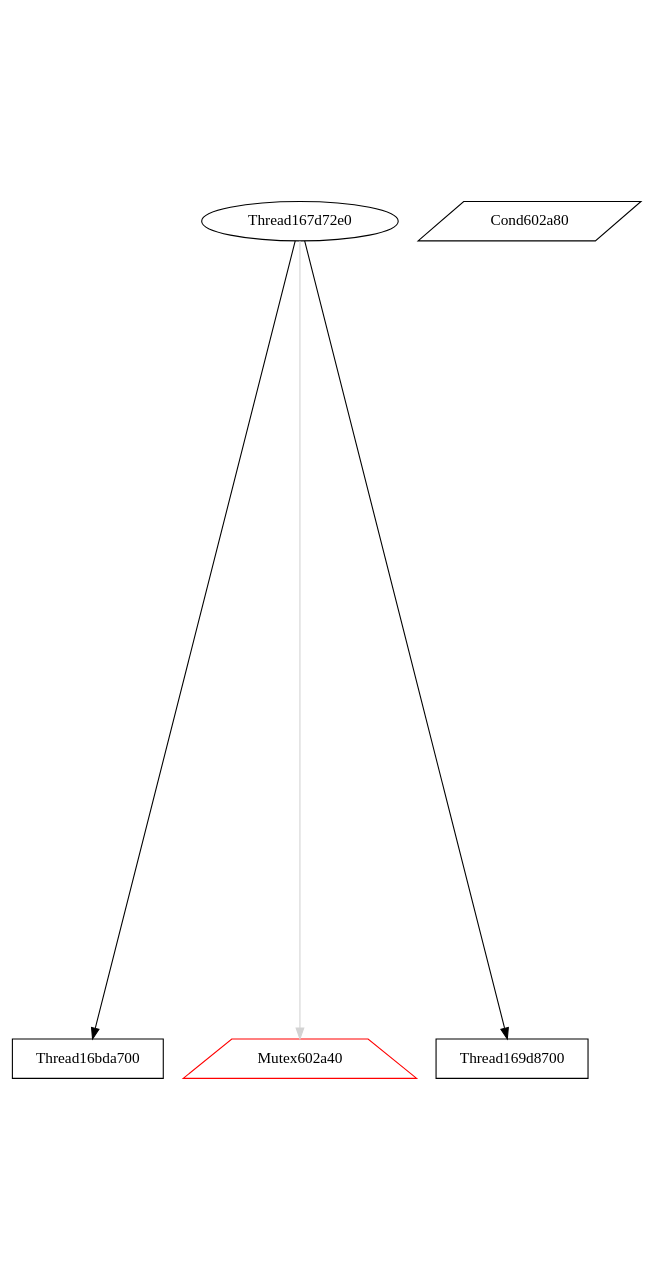
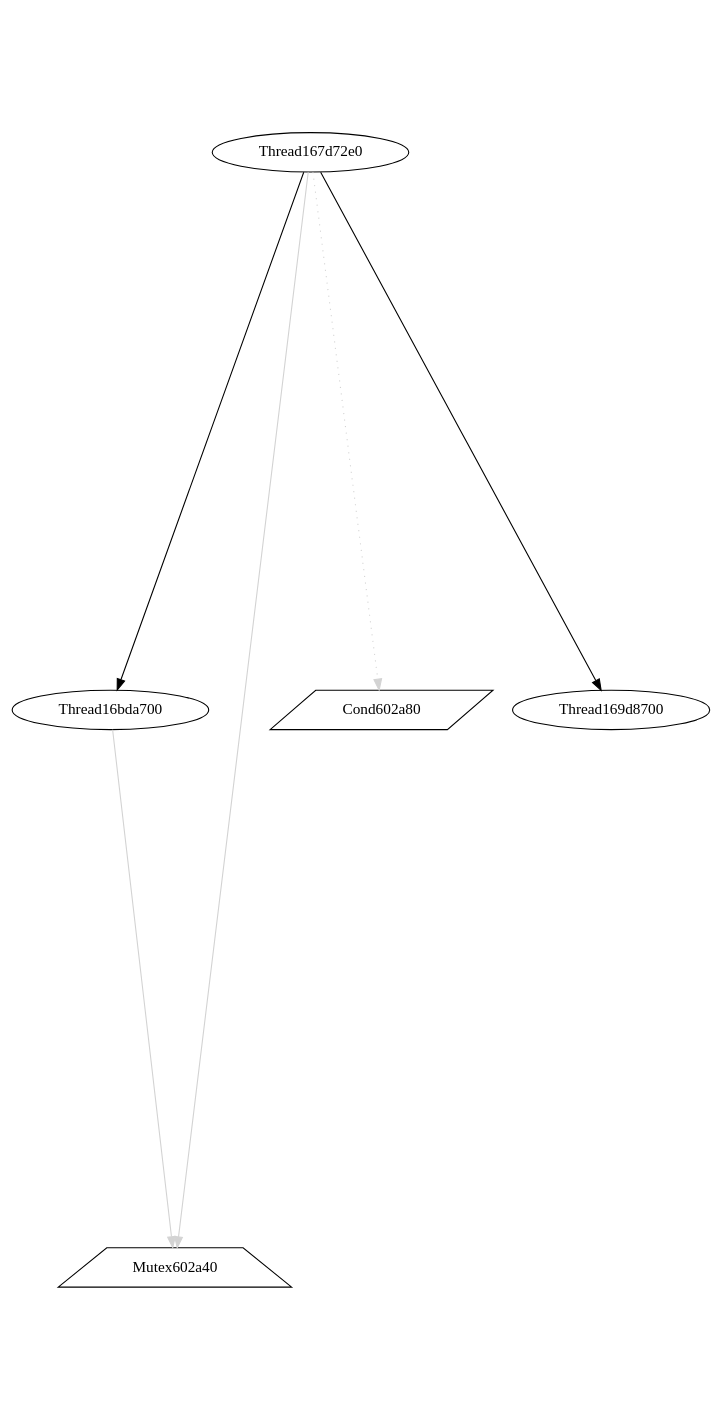
The diagram in view/dot/graph057.dot (v4o6/cs410), drawn with Graphviz before and after one commit. The commit also changed 286 other files, not shown here.

```diff
--- a/view/dot/graph057.dot
+++ b/view/dot/graph057.dot
@@ -1,10 +1,13 @@
 digraph G {
 graph[center=true, ratio=2];
-Thread16bda700 [shape=box,color=black];
-Mutex602a40 [shape=trapezium,color=red];
+Thread16bda700 [color=black];
+Thread16bda700 -> Mutex602a40 [arrowhead=normal,color=lightgray];
+Mutex602a40 [shape=trapezium,color=black];
 Cond602a80 [shape=parallelogram,color=black];
-Thread169d8700 [shape=box,color=black];
+Thread169d8700 [color=black];
+Thread167d72e0 [color=black];
 Thread167d72e0 -> Thread16bda700 [arrowhead=normal];
 Thread167d72e0 -> Mutex602a40 [arrowhead=normal,color=lightgray];
+Thread167d72e0 -> Cond602a80 [style=dotted,color=lightgray];
 Thread167d72e0 -> Thread169d8700 [arrowhead=normal];
 }
```
